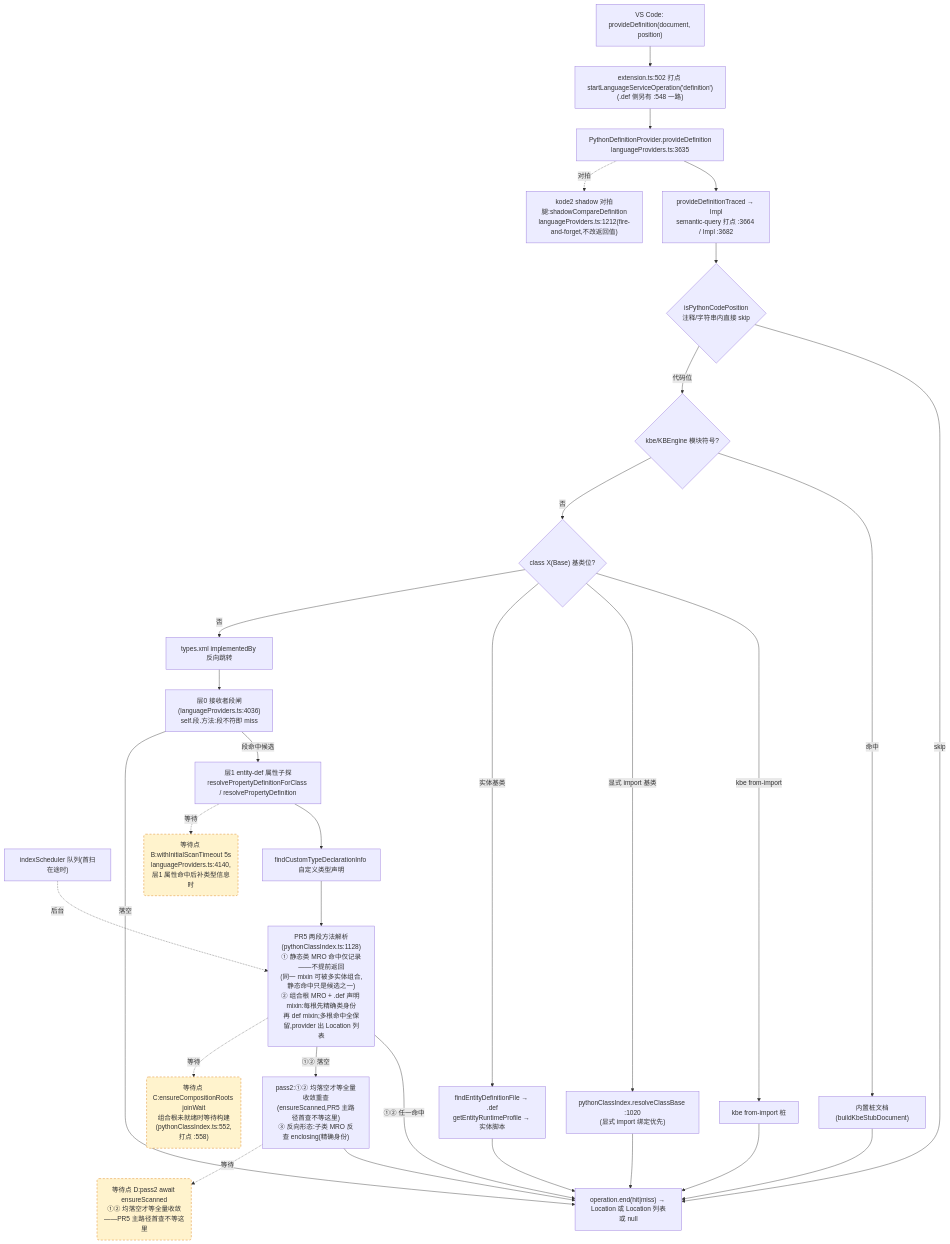
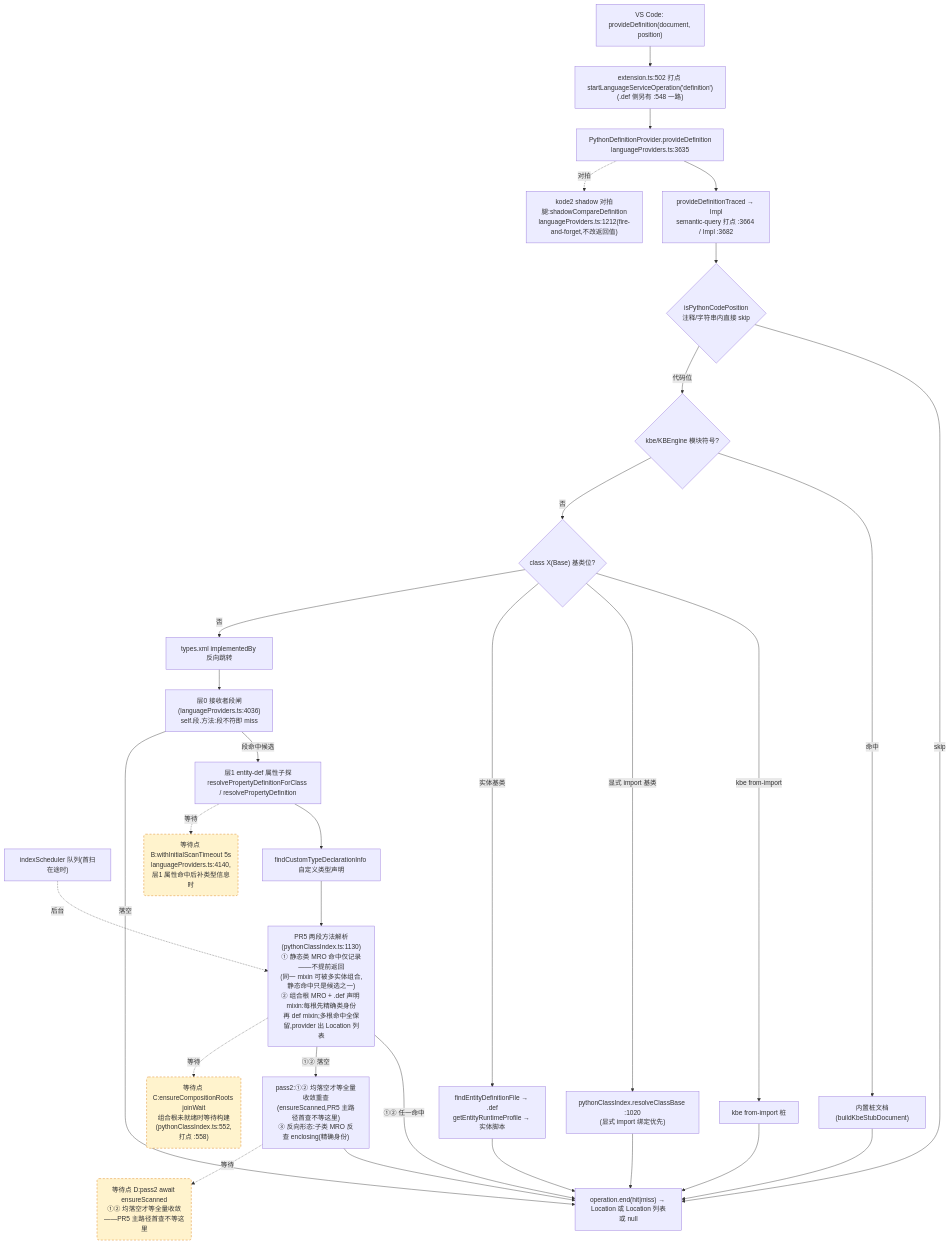
One commit to cuihairu/kode changed the second of 4 diagrams in docs/perf/2026-baseline.md. Above: the diagram before and after it, drawn with Mermaid. The commit also changed 3 other files, not shown here.

````diff
--- a/docs/perf/2026-baseline.md
+++ b/docs/perf/2026-baseline.md
@@ -128,51 +128,51 @@
 ```mermaid
 flowchart TD
   VC2["VS Code: provideDefinition(document, position)"]
   M2["extension.ts:502 打点 startLanguageServiceOperation('definition')<br/>(.def 侧另有 :548 一路)"]
   AD2["PythonDefinitionProvider.provideDefinition<br/>languageProviders.ts:3635"]
   TR["provideDefinitionTraced → Impl<br/>semantic-query 打点 :3664 / Impl :3682"]
   CTX{"isPythonCodePosition<br/>注释/字符串内直接 skip"}
   KBE{"kbe/KBEngine 模块符号?"}
   STUB["内置桩文档(buildKbeStubDocument)"]
   CB{"class X(Base) 基类位?"}
   CB1["kbe from-import 桩"]
   CB2["pythonClassIndex.resolveClassBase :1020<br/>(显式 import 绑定优先)"]
   CB3["findEntityDefinitionFile → .def<br/>getEntityRuntimeProfile → 实体脚本"]
   REV["types.xml implementedBy 反向跳转"]
   L0["层0 接收者段闸(languageProviders.ts:4036)<br/>self.段.方法:段不符即 miss"]
   L1["层1 entity-def 属性子探<br/>resolvePropertyDefinitionForClass / resolvePropertyDefinition"]
   SCAN["indexScheduler 队列(首扫在途时)"]
   TY["findCustomTypeDeclarationInfo 自定义类型声明"]
-  MRO["PR5 两段方法解析(pythonClassIndex.ts:1128)<br/>① 静态类 MRO 命中仅记录——不提前返回<br/>(同一 mixin 可被多实体组合,静态命中只是候选之一)<br/>② 组合根 MRO + .def 声明 mixin:每根先精确类身份<br/>再 def mixin;多根命中全保留,provider 出 Location 列表"]
+  MRO["PR5 两段方法解析(pythonClassIndex.ts:1130)<br/>① 静态类 MRO 命中仅记录——不提前返回<br/>(同一 mixin 可被多实体组合,静态命中只是候选之一)<br/>② 组合根 MRO + .def 声明 mixin:每根先精确类身份<br/>再 def mixin;多根命中全保留,provider 出 Location 列表"]
   PASS2["pass2:①② 均落空才等全量收敛重查<br/>(ensureScanned,PR5 主路径首查不等这里)<br/>③ 反向形态:子类 MRO 反查 enclosing(精确身份)"]
   SHD["kode2 shadow 对拍腿:shadowCompareDefinition<br/>languageProviders.ts:1212(fire-and-forget,不改返回值)"]
   END2["operation.end(hit|miss) → Location 或 Location 列表或 null"]
 
   VC2 --> M2 --> AD2 --> TR --> CTX
   CTX -- "skip" --> END2
   CTX -- "代码位" --> KBE
   KBE -- "命中" --> STUB --> END2
   KBE -- "否" --> CB
   CB -- "kbe from-import" --> CB1 --> END2
   CB -- "显式 import 基类" --> CB2 --> END2
   CB -- "实体基类" --> CB3 --> END2
   CB -- "否" --> REV --> L0
   L0 -- "段命中候选" --> L1
   L0 -- "落空" --> END2
   L1 --> TY
   TY --> MRO
   MRO -- "①② 任一命中" --> END2
   MRO -- "①② 落空" --> PASS2 --> END2
   AD2 -.->|对拍| SHD
 
   WAITB("等待点 B:withInitialScanTimeout 5s<br/>languageProviders.ts:4140,层1 属性命中后补类型信息时")
   WAITC("等待点 C:ensureCompositionRoots joinWait<br/>组合根未就绪时等待构建(pythonClassIndex.ts:552,打点 :558)")
   WAITD("等待点 D:pass2 await ensureScanned<br/>①② 均落空才等全量收敛——PR5 主路径首查不等这里")
   L1 -.->|等待| WAITB
   MRO -.->|等待| WAITC
   PASS2 -.->|等待| WAITD
   SCAN -.->|后台| MRO
 
   classDef waitPoint fill:#fff3cd,stroke:#d97706,stroke-dasharray:5 4;
   class WAITB,WAITC,WAITD waitPoint;
 ```
````
